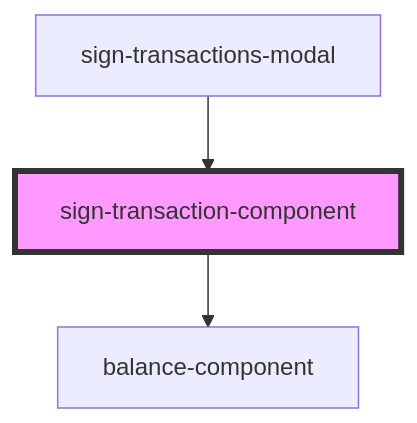
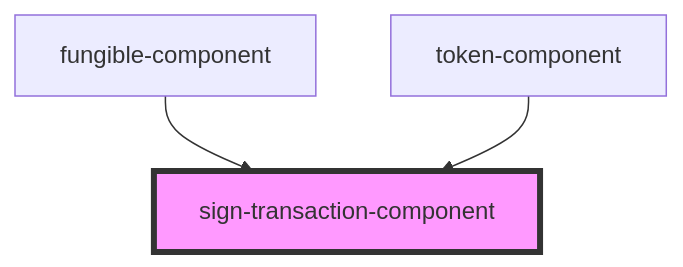
One commit to multiversx/mx-sdk-dapp-ui changed the diagram in src/components/sign-transactions-modal/components/sign-transaction-component/readme.md. Above: the diagram before and after it, drawn with Mermaid. The commit also changed other lines of this file and 14 other files, not shown here.

Commit message:
Add fungible and token component

````diff
--- a/src/components/sign-transactions-modal/components/sign-transaction-component/readme.md
+++ b/src/components/sign-transactions-modal/components/sign-transaction-component/readme.md
@@ -26,6 +24,6 @@
 ```mermaid
 graph TD;
-  sign-transaction-component --> balance-component
-  sign-transactions-modal --> sign-transaction-component
+  fungible-component --> sign-transaction-component
+  token-component --> sign-transaction-component
   style sign-transaction-component fill:#f9f,stroke:#333,stroke-width:4px
 ```
````
